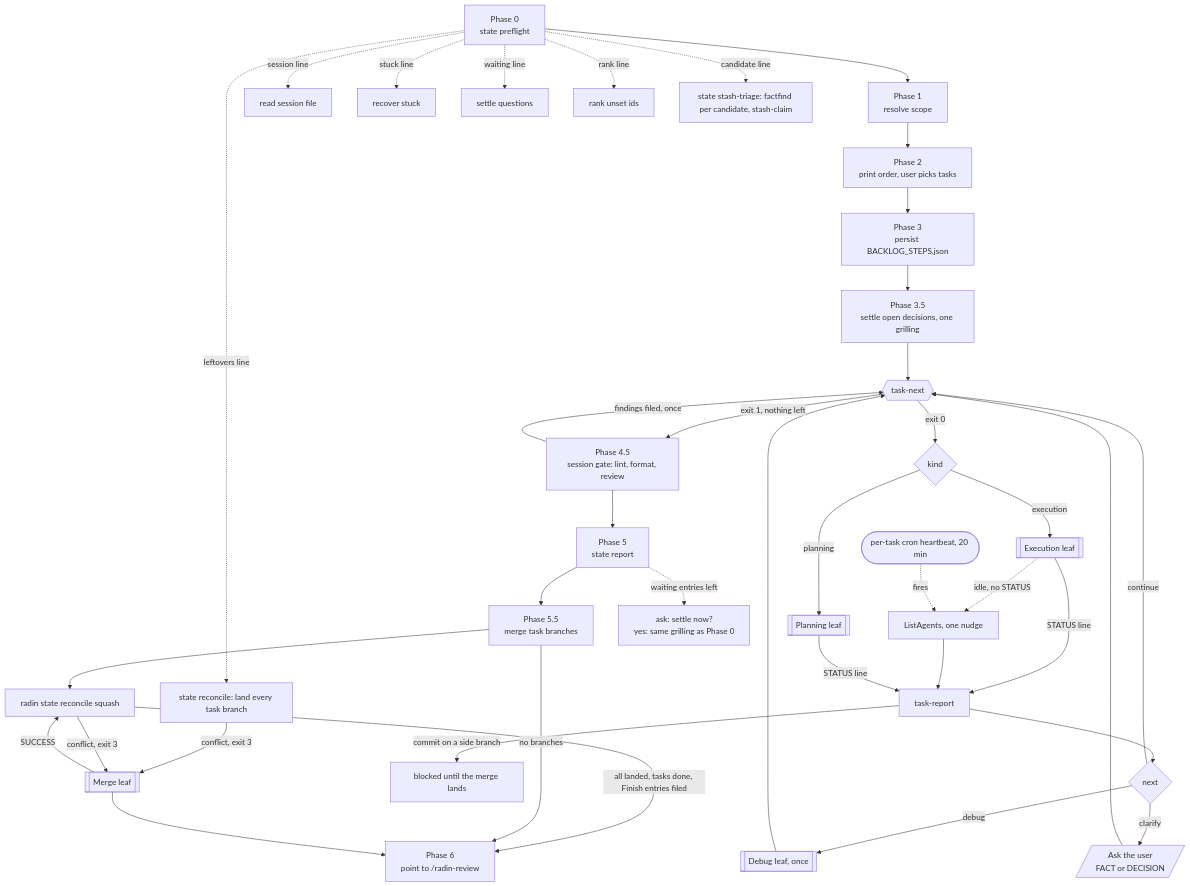
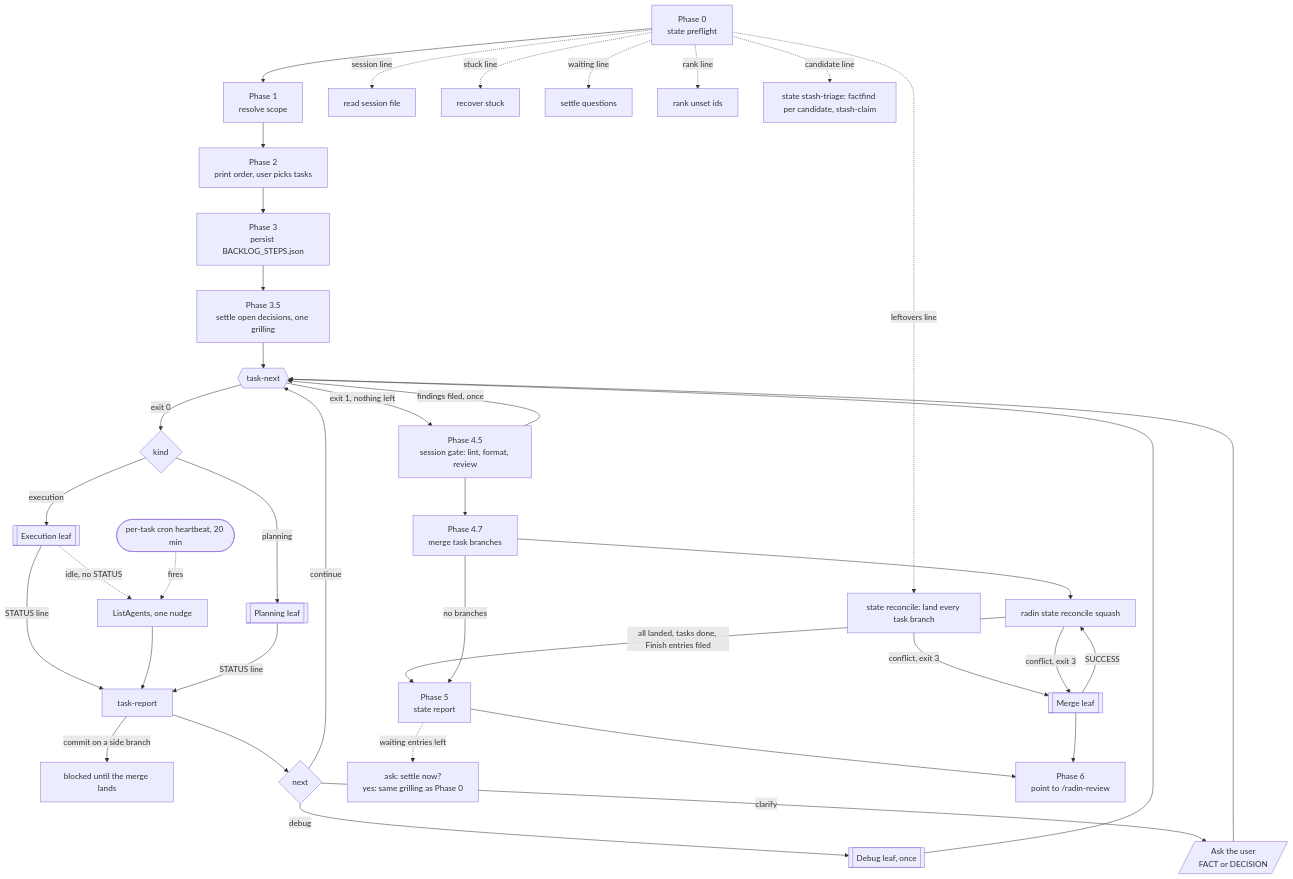
Before and after one commit to shortcuts/radin: the diagram in docs/lifecycle/router-loop.mmd, drawn with Mermaid. The commit also changed 6 other files, not shown here.

Commit message:
fix: merge before report

```diff
--- a/docs/lifecycle/router-loop.mmd
+++ b/docs/lifecycle/router-loop.mmd
@@ -1,39 +1,39 @@
 flowchart TD
   p0[Phase 0<br/>state preflight] --> p1[Phase 1<br/>resolve scope]
   p0 -. session line .-> note1[read session file]
   p0 -. stuck line .-> note2[recover stuck]
   p0 -. waiting line .-> note3[settle questions]
   p0 -. rank line .-> note4[rank unset ids]
   p0 -. leftovers line .-> note5[state reconcile: land every task branch]
   note5 -- conflict, exit 3 --> leafM
   p0 -. candidate line .-> note6[state stash-triage: factfind per candidate, stash-claim]
   p1 --> p2[Phase 2<br/>print order, user picks tasks]
   p2 --> p3[Phase 3<br/>persist BACKLOG_STEPS.json]
   p3 --> p35[Phase 3.5<br/>settle open decisions, one grilling]
   p35 --> next{{task-next}}
   next -- exit 1, nothing left --> p45[Phase 4.5<br/>session gate: lint, format, review]
   p45 -- findings filed, once --> next
   next -- exit 0 --> kind{kind}
   kind -- planning --> leafP[[Planning leaf]]
   kind -- execution --> leafE[[Execution leaf]]
   leafE -- STATUS line --> report[task-report]
   leafE -. idle, no STATUS .-> nudge[ListAgents, one nudge]
   hb([per-task cron heartbeat, 20 min]) -. fires .-> nudge
   nudge --> report
   leafP -- STATUS line --> report
   report -- commit on a side branch --> blocked[blocked until the merge lands]
   report --> route{next}
   route -- continue --> next
   route -- debug --> debug[[Debug leaf, once]]
   debug --> next
   route -- clarify --> user[/Ask the user<br/>FACT or DECISION/]
   user --> next
-  p45 --> p5[Phase 5<br/>state report]
+  p45 --> p47[Phase 4.7<br/>merge task branches]
+  p47 --> mergeCli[radin state reconcile squash]
+  mergeCli -- all landed, tasks done, Finish entries filed --> p5[Phase 5<br/>state report]
+  mergeCli -- conflict, exit 3 --> leafM[[Merge leaf]]
+  p47 -- no branches --> p5
+  leafM -- SUCCESS --> mergeCli
   p5 -. waiting entries left .-> ask5[ask: settle now?<br/>yes: same grilling as Phase 0]
-  p5 --> p55[Phase 5.5<br/>merge task branches]
-  p55 --> mergeCli[radin state reconcile squash]
-  mergeCli -- all landed, tasks done, Finish entries filed --> p6
-  mergeCli -- conflict, exit 3 --> leafM[[Merge leaf]]
-  p55 -- no branches --> p6
-  leafM -- SUCCESS --> mergeCli
+  p5 --> p6
   leafM --> p6[Phase 6<br/>point to /radin-review]
```
